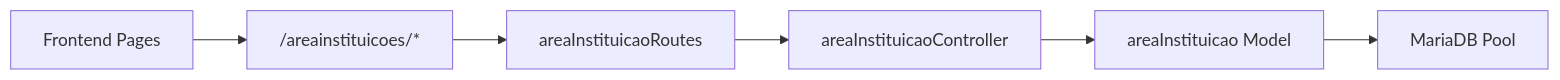
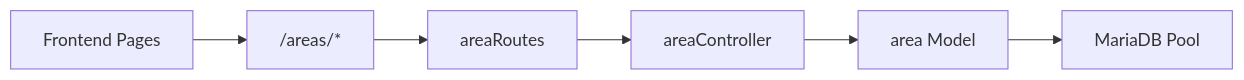
The sixth of 6 diagrams in .qoder/repowiki/en/content/Core Features Implementation/Institutional Management.md (luiseduacosta/nodemural), drawn with Mermaid before and after one commit. The commit also changed other lines of this file and 25 other files, not shown here.

````diff
--- a/.qoder/repowiki/en/content/Core Features Implementation/Institutional Management.md
+++ b/.qoder/repowiki/en/content/Core Features Implementation/Institutional Management.md
@@ -319,8 +319,8 @@
 ```mermaid
 graph LR
-FE["Frontend Pages"] --> API["/areainstituicoes/*"]
-API --> Routes["areaInstituicaoRoutes"]
-Routes --> Controller["areaInstituicaoController"]
-Controller --> Model["areaInstituicao Model"]
+FE["Frontend Pages"] --> API["/areas/*"]
+API --> Routes["areaRoutes"]
+Routes --> Controller["areaController"]
+Controller --> Model["area Model"]
 Model --> Pool["MariaDB Pool"]
 ```
````
